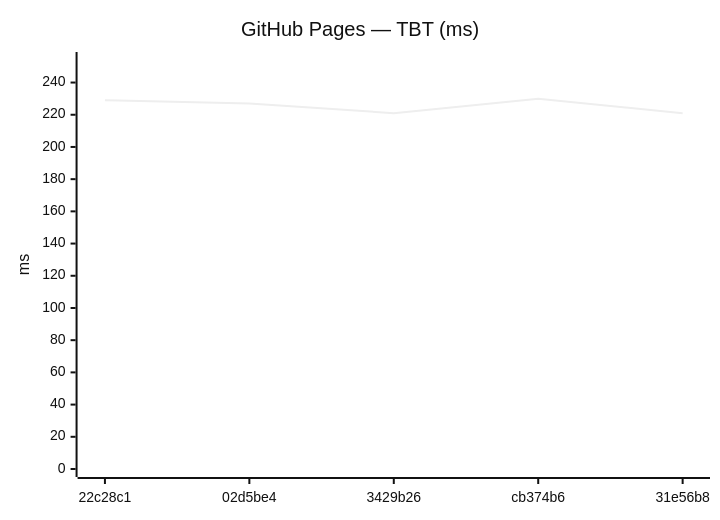
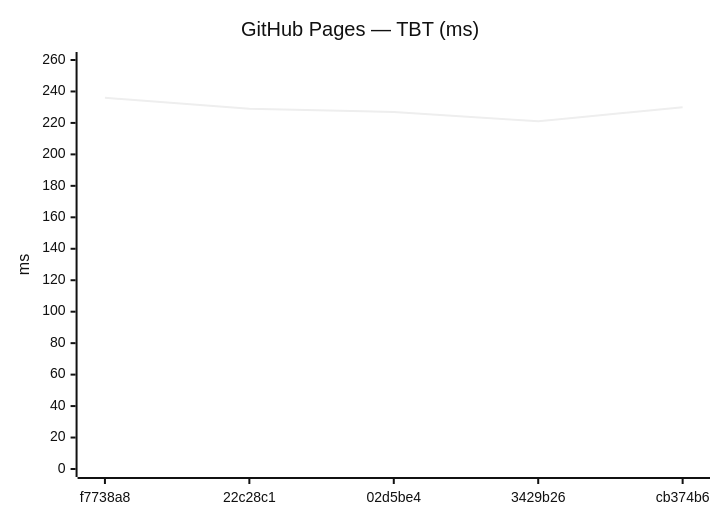
One commit to Metaheurist/Rianell changed the tenth of 18 diagrams in benchmarks/compare.md. Above: the diagram before and after it, drawn with Mermaid (neutral theme). The commit also changed other lines of this file and 11 other files, not shown here.

````diff
--- a/benchmarks/compare.md
+++ b/benchmarks/compare.md
@@ -149,7 +149,7 @@
 ```mermaid
 xychart-beta
     title "GitHub Pages — TBT (ms)"
-    x-axis ["22c28c1", "02d5be4", "3429b26", "cb374b6", "31e56b8"]
-    y-axis "ms" 0 --> 254
-    line [229, 227, 221, 230, 221]
+    x-axis ["f7738a8", "22c28c1", "02d5be4", "3429b26", "cb374b6"]
+    y-axis "ms" 0 --> 260
+    line [236, 229, 227, 221, 230]
 ```
````
